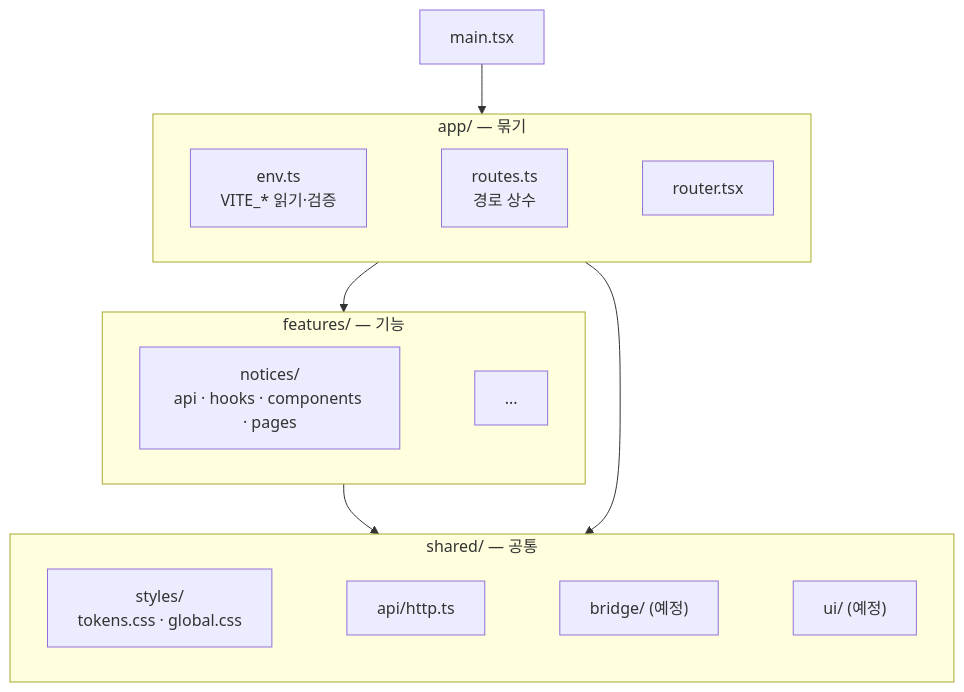
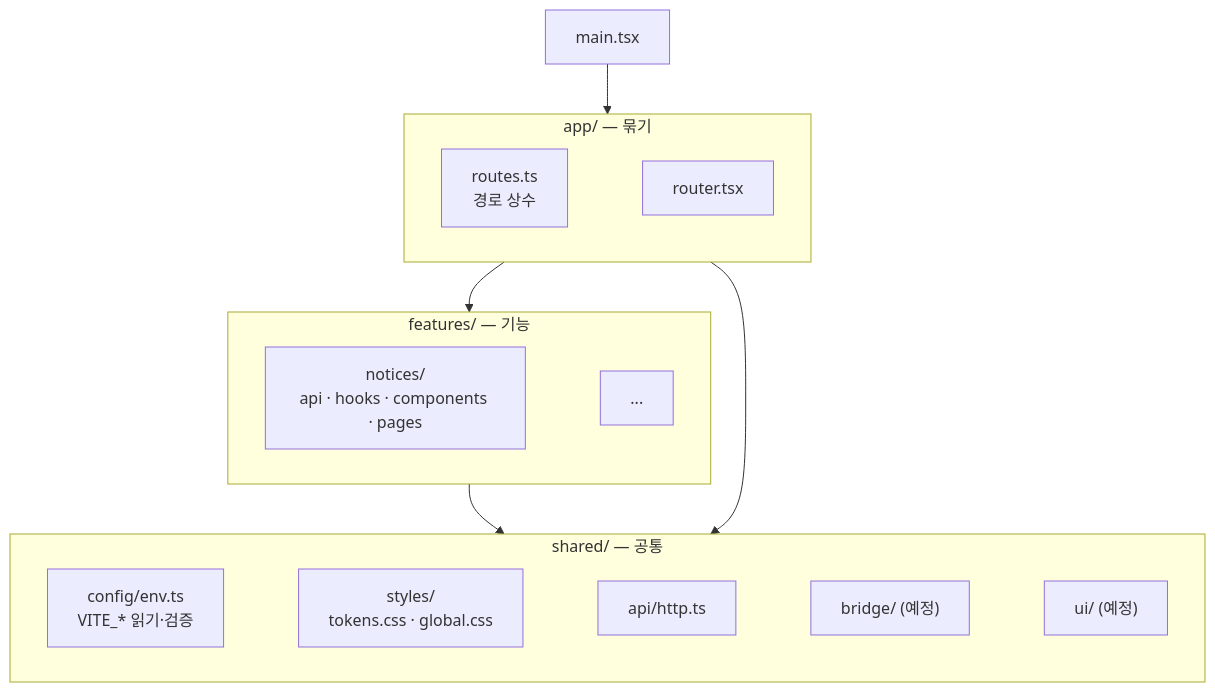
The eighth of 15 diagrams in docs/overview.md (JECT-Study/highfive-5th-Client), drawn with Mermaid before and after one commit. The commit also changed other lines of this file and 6 other files, not shown here.

````diff
--- a/docs/overview.md
+++ b/docs/overview.md
@@ -220,19 +220,19 @@
 ```mermaid
 flowchart TB
   main["main.tsx"] --> app
   subgraph app["app/ — 묶기"]
     direction LR
-    env["env.ts<br/>VITE_* 읽기·검증"] ~~~ routes["routes.ts<br/>경로 상수"] ~~~ router["router.tsx"]
+    routes["routes.ts<br/>경로 상수"] ~~~ router["router.tsx"]
   end
   subgraph features["features/ — 기능"]
     direction LR
     notices["notices/<br/>api · hooks · components · pages"] ~~~ more["..."]
   end
   subgraph shared["shared/ — 공통"]
     direction LR
-    styles["styles/<br/>tokens.css · global.css"] ~~~ api["api/http.ts"] ~~~ bridge["bridge/ (예정)"] ~~~ ui["ui/ (예정)"]
+    config["config/env.ts<br/>VITE_* 읽기·검증"] ~~~ styles["styles/<br/>tokens.css · global.css"] ~~~ api["api/http.ts"] ~~~ bridge["bridge/ (예정)"] ~~~ ui["ui/ (예정)"]
   end
   app --> features
   features --> shared
   app --> shared
 ```
````
